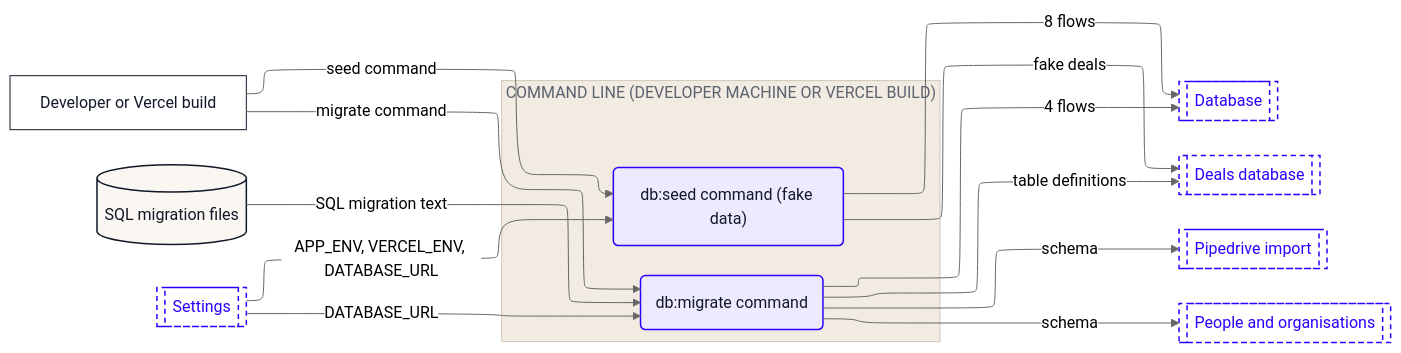
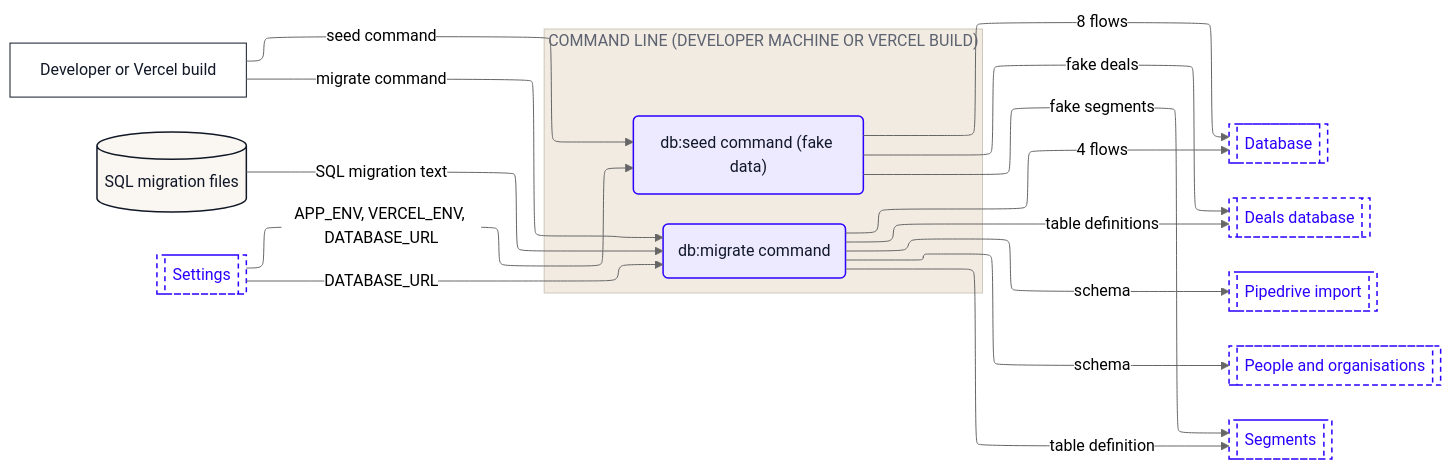
Before and after one commit to Romain-Perche/Barnacle-Pipe: the fourth of 13 diagrams in dataflow/DATAFLOW.md, drawn with Mermaid (neutral theme). The commit also changed other lines of this file and 8 other files, not shown here.

````diff
--- a/dataflow/DATAFLOW.md
+++ b/dataflow/DATAFLOW.md
@@ -280,40 +292,43 @@
 ```mermaid
 ---
 config:
   layout: elk
 ---
 flowchart LR
     n1["Developer or Vercel build"]
     n2[("SQL migration files")]
     subgraph z1["COMMAND LINE (DEVELOPER MACHINE OR VERCEL BUILD)"]
         n3("db:migrate command")
         n4("db:seed command (fake data)")
     end
     n5[["Database"]]
     n6[["Deals database"]]
     n7[["Pipedrive import"]]
     n8[["People and organisations"]]
-    n9[["Settings"]]
+    n9[["Segments"]]
+    n10[["Settings"]]
     n1 -->|"migrate command"| n3
     n1 -->|"seed command"| n4
-    n9 -->|"DATABASE_URL"| n3
-    n9 -->|"APP_ENV, VERCEL_ENV, DATABASE_URL"| n4
+    n10 -->|"DATABASE_URL"| n3
+    n10 -->|"APP_ENV, VERCEL_ENV, DATABASE_URL"| n4
     n3 -->|"4 flows"| n5
     n3 -->|"table definitions"| n6
     n3 -->|"schema"| n8
     n3 -->|"schema"| n7
+    n3 -->|"table definition"| n9
     n2 -->|"SQL migration text"| n3
     n4 -->|"8 flows"| n5
     n4 -->|"fake deals"| n6
+    n4 -->|"fake segments"| n9
     classDef actor fill:#FFFFFF,stroke:#111827,stroke-width:1px,color:#111827
     classDef process fill:#EDEAFF,stroke:#2B00FF,stroke-width:1.5px,color:#111827
     classDef store fill:#FAF6F1,stroke:#111827,stroke-width:1.5px,color:#111827
     classDef zone fill:#1A1A1A,stroke:#1A1A1A,color:#FFFFFF
     classDef group fill:#2B00FF,stroke:#2B00FF,color:#FFFFFF
     classDef stub fill:#FFFFFF,stroke:#2B00FF,stroke-width:1.5px,stroke-dasharray:5 4,color:#2B00FF
     class n1 actor
     class n3,n4 process
     class n2 store
-    class n5,n6,n7,n8,n9 stub
+    class n5,n6,n7,n8,n9,n10 stub
     style z1 fill:#F1EBE2,stroke:#CFC7BB,color:#5D6270
 ```
````
